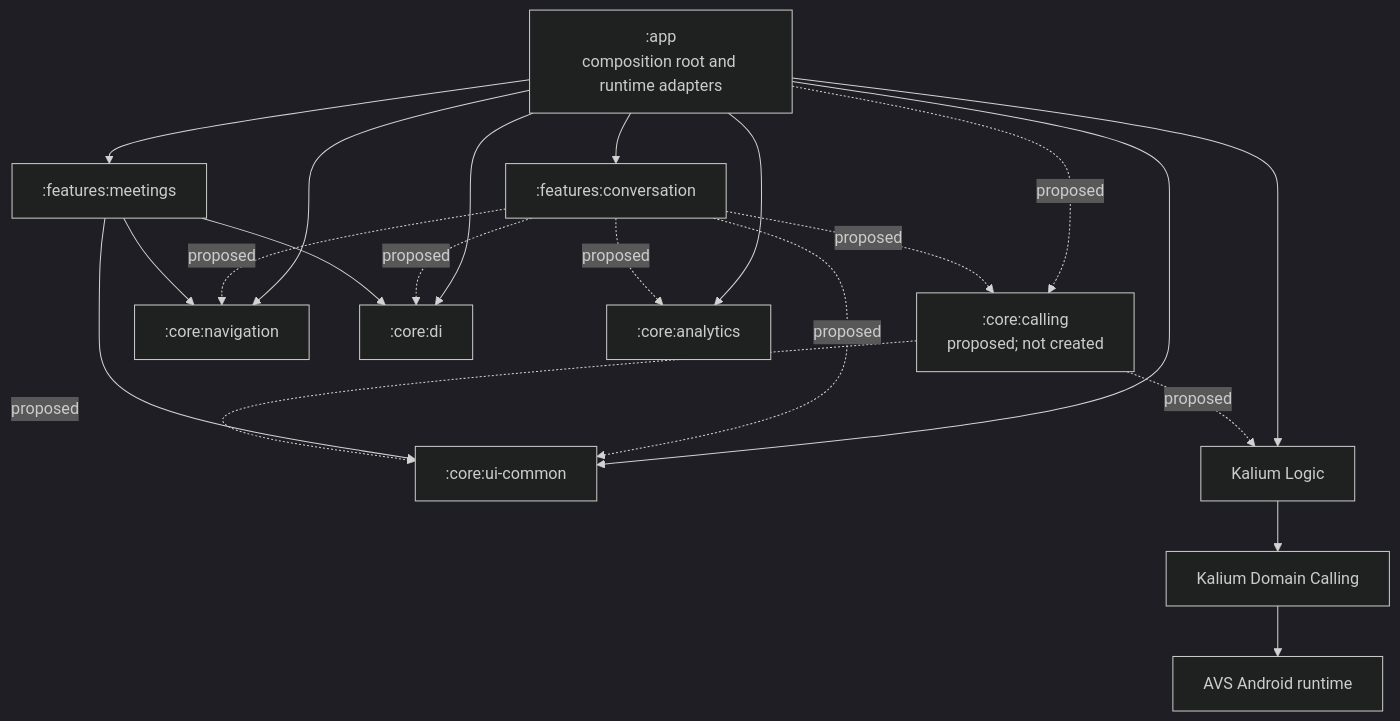
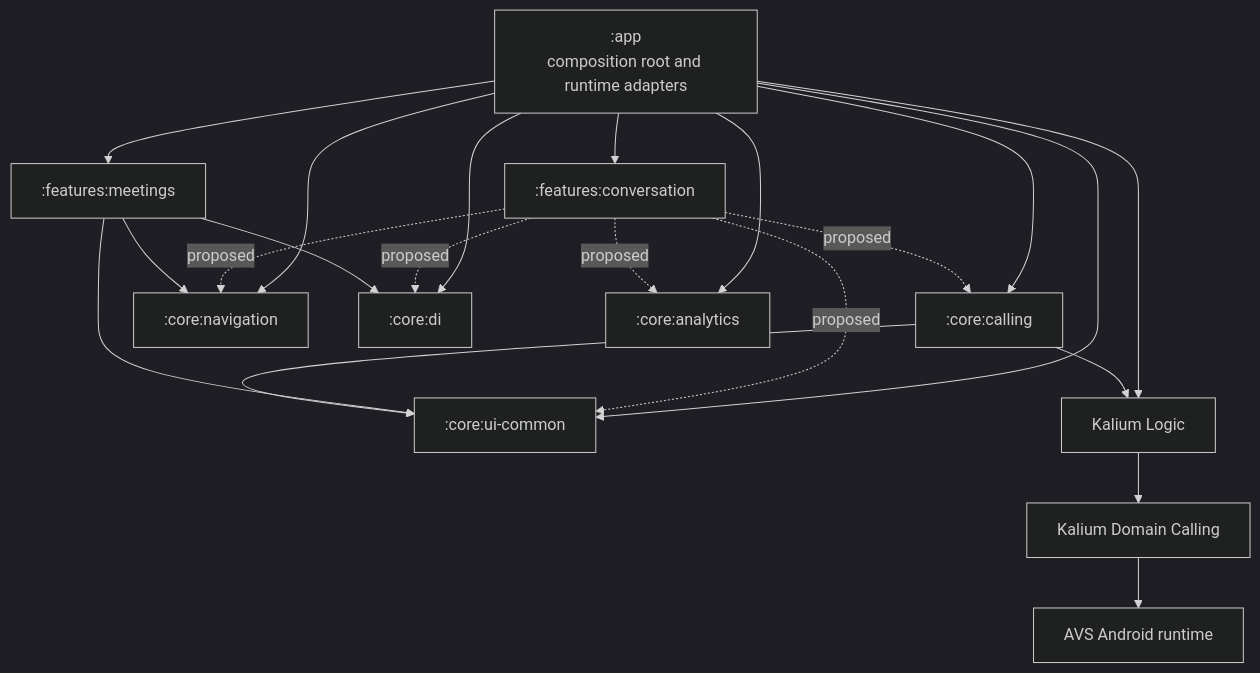
Before and after one commit to wireapp/wire-android: the diagram in docs/architecture/android-module-graph.md, drawn with Mermaid (dark theme). The commit also changed other lines of this file and 15 other files, not shown here.

````diff
--- a/docs/architecture/android-module-graph.md
+++ b/docs/architecture/android-module-graph.md
@@ -13,35 +13,35 @@
 ```mermaid
 graph TD
     App[":app<br/>composition root and runtime adapters"]
     Conversation[":features:conversation"]
     Meetings[":features:meetings"]
-    Calling[":core:calling<br/>proposed; not created"]
+    Calling[":core:calling"]
     Navigation[":core:navigation"]
     Di[":core:di"]
     UiCommon[":core:ui-common"]
     Analytics[":core:analytics"]
     KaliumLogic["Kalium Logic"]
     KaliumCalling["Kalium Domain Calling"]
     Avs["AVS Android runtime"]
 
     App --> Conversation
     App --> Meetings
-    App -. proposed .-> Calling
+    App --> Calling
     App --> Navigation
     App --> Di
     App --> UiCommon
     App --> Analytics
     App --> KaliumLogic
     Conversation -. proposed .-> Calling
     Conversation -. proposed .-> Analytics
     Conversation -. proposed .-> Navigation
     Conversation -. proposed .-> Di
     Conversation -. proposed .-> UiCommon
     Meetings --> Navigation
     Meetings --> Di
     Meetings --> UiCommon
-    Calling -. proposed .-> UiCommon
-    Calling -. proposed .-> KaliumLogic
+    Calling --> UiCommon
+    Calling --> KaliumLogic
     KaliumLogic --> KaliumCalling
     KaliumCalling --> Avs
 ```
````
